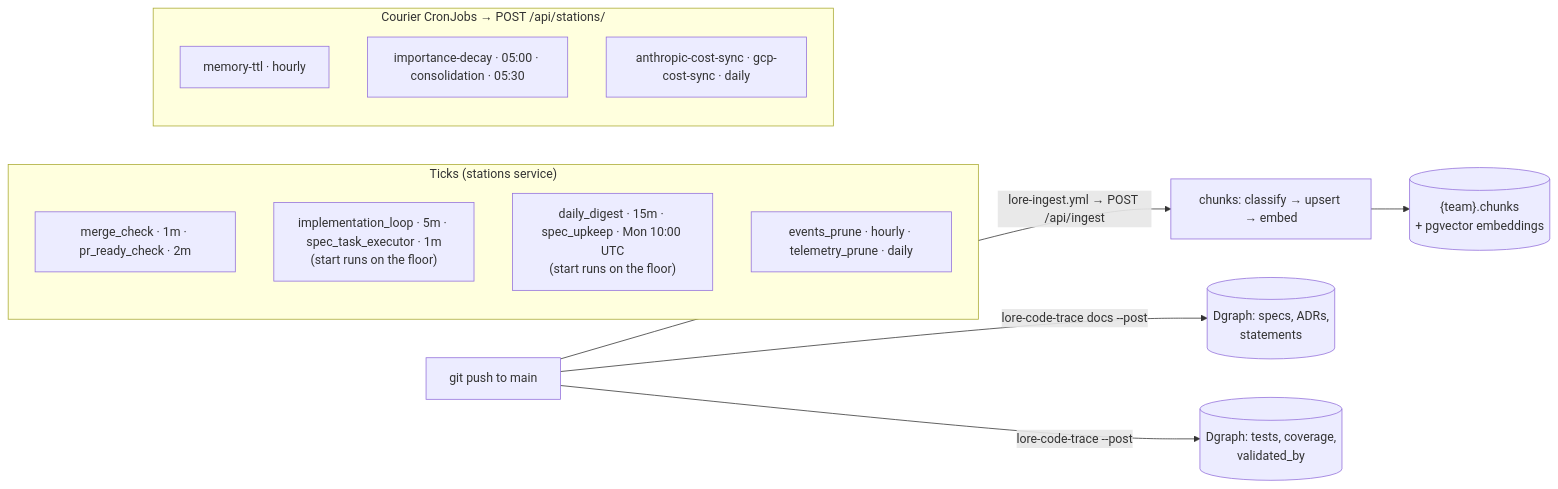
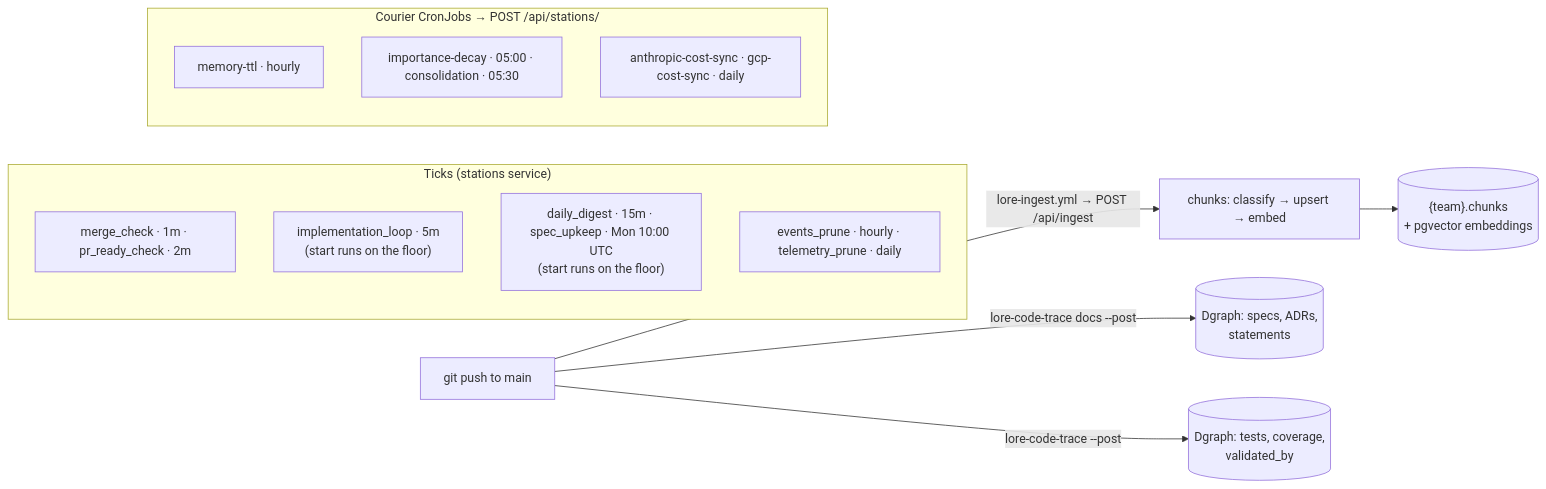
The second of 2 diagrams in docs/building-lore/architecture.md (re-cinq/lore), drawn with Mermaid before and after one commit. The commit also changed 19 other files, not shown here.

First line of the commit message:
Delete the spec-task executor, the dispatcher with no off switch

````diff
--- a/docs/building-lore/architecture.md
+++ b/docs/building-lore/architecture.md
@@ -51,22 +51,22 @@
 ```mermaid
 flowchart LR
     subgraph ticks["Ticks (stations service)"]
         direction TB
         J1["merge_check · 1m · pr_ready_check · 2m"]
-        J2["implementation_loop · 5m · spec_task_executor · 1m<br/>(start runs on the floor)"]
+        J2["implementation_loop · 5m<br/>(start runs on the floor)"]
         J3["daily_digest · 15m · spec_upkeep · Mon 10:00 UTC<br/>(start runs on the floor)"]
         J4["events_prune · hourly · telemetry_prune · daily"]
     end
 
     subgraph k8scron["Courier CronJobs → POST /api/stations/<name>"]
         direction TB
         C1["memory-ttl · hourly"]
         C2["importance-decay · 05:00 · consolidation · 05:30"]
         C3["anthropic-cost-sync · gcp-cost-sync · daily"]
     end
 
     PUSH["git push to main"] -->|"lore-ingest.yml → POST /api/ingest"| ING["chunks: classify → upsert → embed"]
     ING --> DB[("{team}.chunks<br/>+ pgvector embeddings")]
     PUSH -->|"lore-code-trace docs --post"| GRAPH[("Dgraph: specs, ADRs,<br/>statements")]
     PUSH -->|"lore-code-trace --post"| TESTS[("Dgraph: tests, coverage,<br/>validated_by")]
 ```
````
